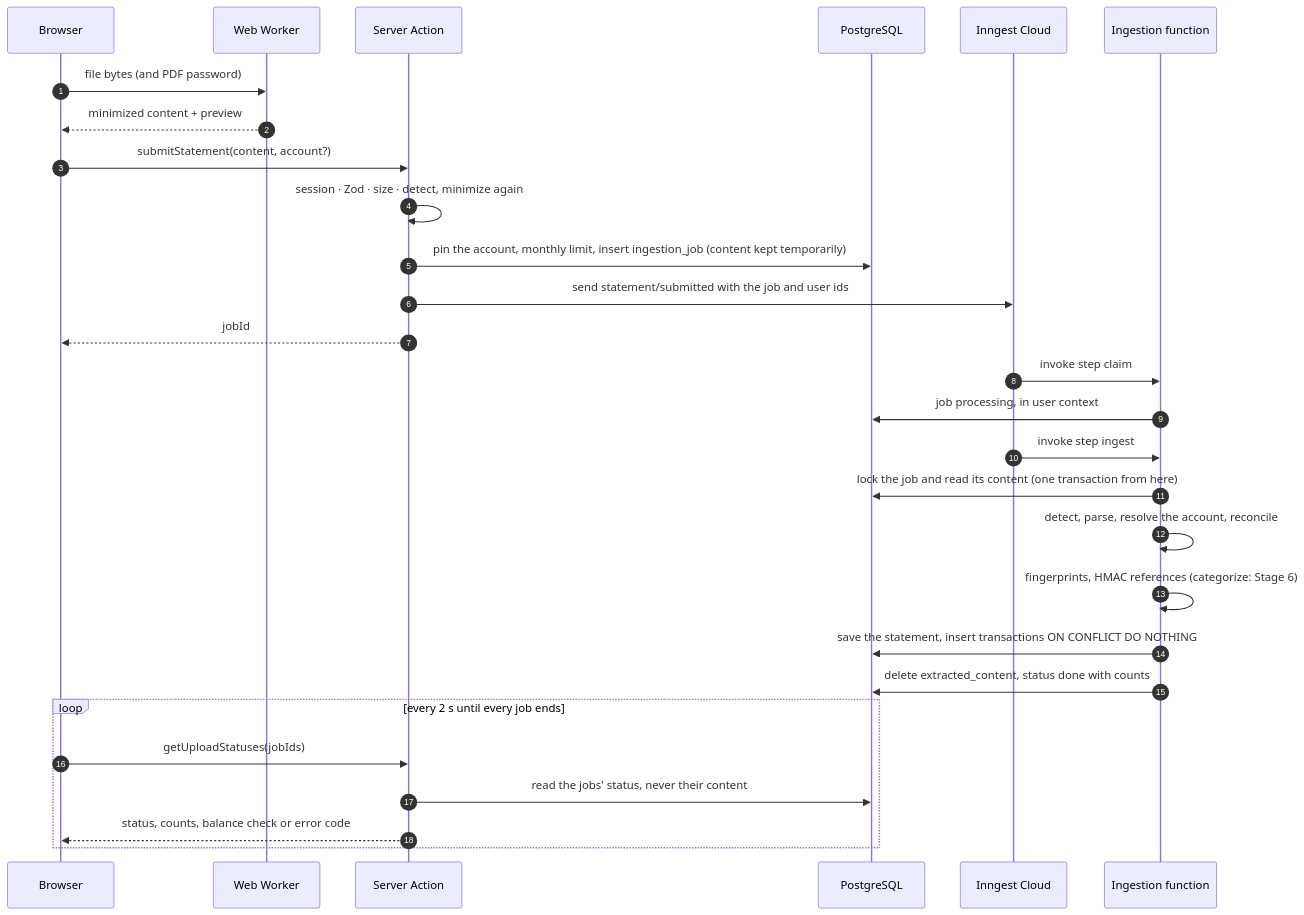
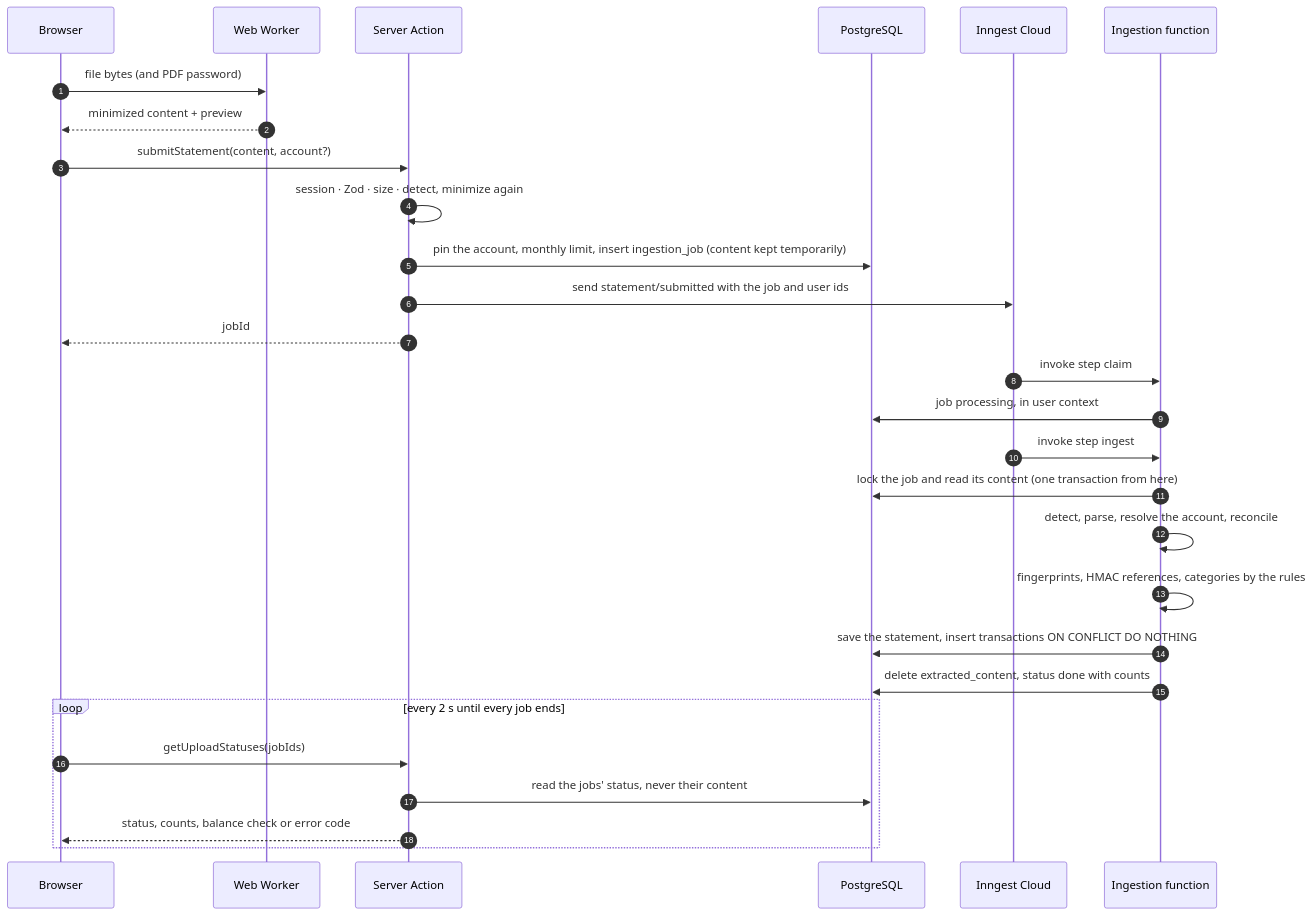
The second of 7 diagrams in docs/ARCHITECTURE.md (ingcarlostello/xtrakto), drawn with Mermaid before and after one commit. The commit also changed other lines of this file and 46 other files, not shown here.

````diff
--- a/docs/ARCHITECTURE.md
+++ b/docs/ARCHITECTURE.md
@@ -97,30 +97,30 @@
 ```mermaid
 sequenceDiagram
     autonumber
     participant B as Browser
     participant W as Web Worker
     participant S as Server Action
     participant DB as PostgreSQL
     participant I as Inngest Cloud
     participant F as Ingestion function
     B->>W: file bytes (and PDF password)
     W-->>B: minimized content + preview
     B->>S: submitStatement(content, account?)
     S->>S: session · Zod · size · detect, minimize again
     S->>DB: pin the account, monthly limit, insert ingestion_job (content kept temporarily)
     S->>I: send statement/submitted with the job and user ids
     S-->>B: jobId
     I->>F: invoke step claim
     F->>DB: job processing, in user context
     I->>F: invoke step ingest
     F->>DB: lock the job and read its content (one transaction from here)
     F->>F: detect, parse, resolve the account, reconcile
-    F->>F: fingerprints, HMAC references (categorize: Stage 6)
+    F->>F: fingerprints, HMAC references, categories by the rules
     F->>DB: save the statement, insert transactions ON CONFLICT DO NOTHING
     F->>DB: delete extracted_content, status done with counts
     loop every 2 s until every job ends
         B->>S: getUploadStatuses(jobIds)
         S->>DB: read the jobs' status, never their content
         S-->>B: status, counts, balance check or error code
     end
 ```
````
